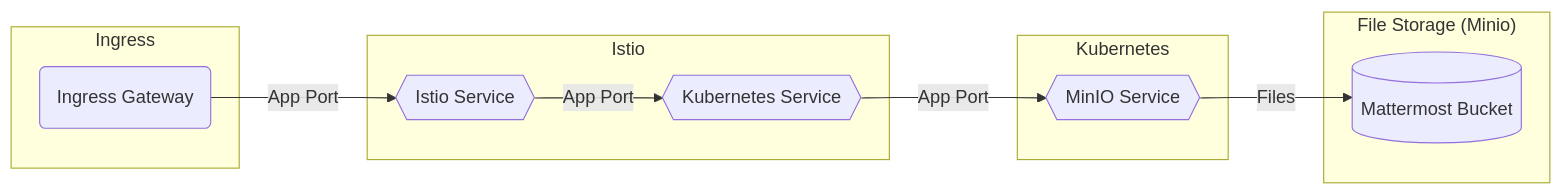
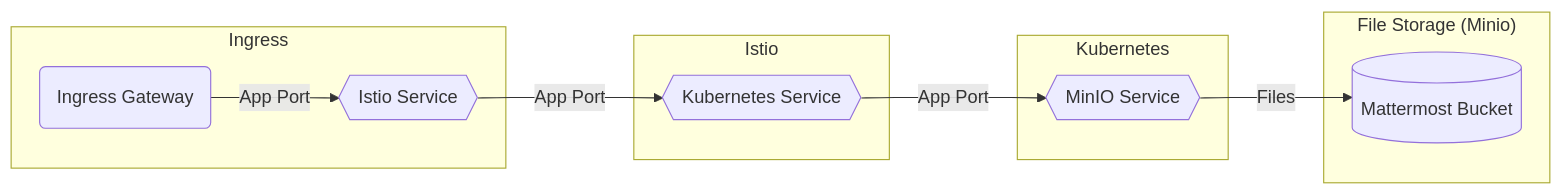
One commit to rjferguson21/big-bang changed the diagram in charter/packages/minio/Architecture.md. Above: the diagram before and after it, drawn with Mermaid.

````diff
--- a/charter/packages/minio/Architecture.md
+++ b/charter/packages/minio/Architecture.md
@@ -12,18 +12,18 @@
 ```mermaid
-graph LR
+graph LR    
+  subgraph "Ingress"
+    ig(Ingress Gateway) --"App Port"--> istservice
+  end
+
   subgraph "Istio"
     istservice{{Istio Service}} --"App Port"--> kubeservice
   end
 
   subgraph "Kubernetes"
     kubeservice{{Kubernetes Service}} --"App Port"--> minioservice
-  end      
-
-  subgraph "Ingress"
-    ig(Ingress Gateway) --"App Port"--> istservice
-  end
+  end  
 
   subgraph "File Storage (Minio)"
     minioservice{{MinIO Service}} --"Files"--> bucket[(Mattermost Bucket)]
   end
 ```
````
